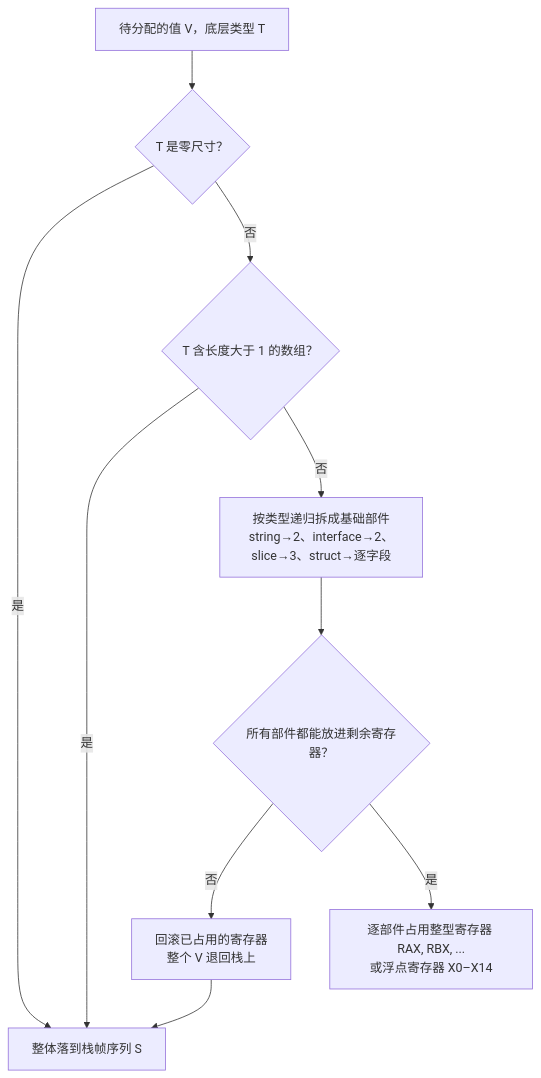
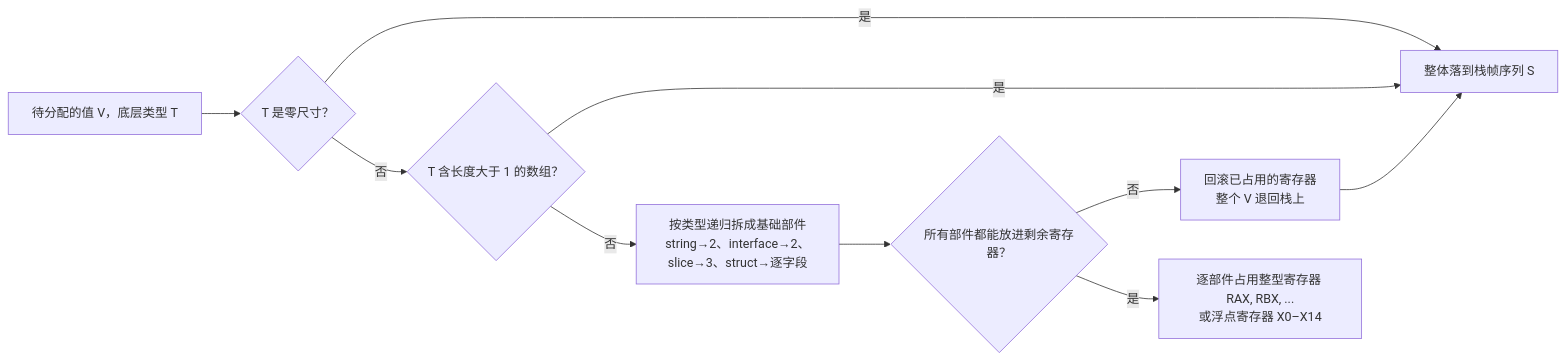
One commit to golang-design/under-the-hood changed the diagram in book/zh-cn/part1overview/ch02asm/callconv.md. Above: the diagram before and after it, drawn with Mermaid. The commit also changed 4 other files, not shown here.

First line of the commit message:
content: convert ASCII-art diagrams to themed mermaid; widen one flowchart

````diff
--- a/book/zh-cn/part1overview/ch02asm/callconv.md
+++ b/book/zh-cn/part1overview/ch02asm/callconv.md
@@ -51,11 +51,11 @@
 ```mermaid
-flowchart TB
+flowchart LR
     start["待分配的值 V，底层类型 T"] --> zero{"T 是零尺寸？"}
     zero -- 是 --> stack["整体落到栈帧序列 S"]
     zero -- 否 --> arr{"T 含长度大于 1 的数组？"}
     arr -- 是 --> stack
     arr -- 否 --> decomp["按类型递归拆成基础部件<br/>string→2、interface→2、slice→3、struct→逐字段"]
     decomp --> fit{"所有部件都能放进剩余寄存器？"}
     fit -- 否 --> rollback["回滚已占用的寄存器<br/>整个 V 退回栈上"] --> stack
     fit -- 是 --> reg["逐部件占用整型寄存器 RAX, RBX, ...<br/>或浮点寄存器 X0–X14"]
 ```
````
